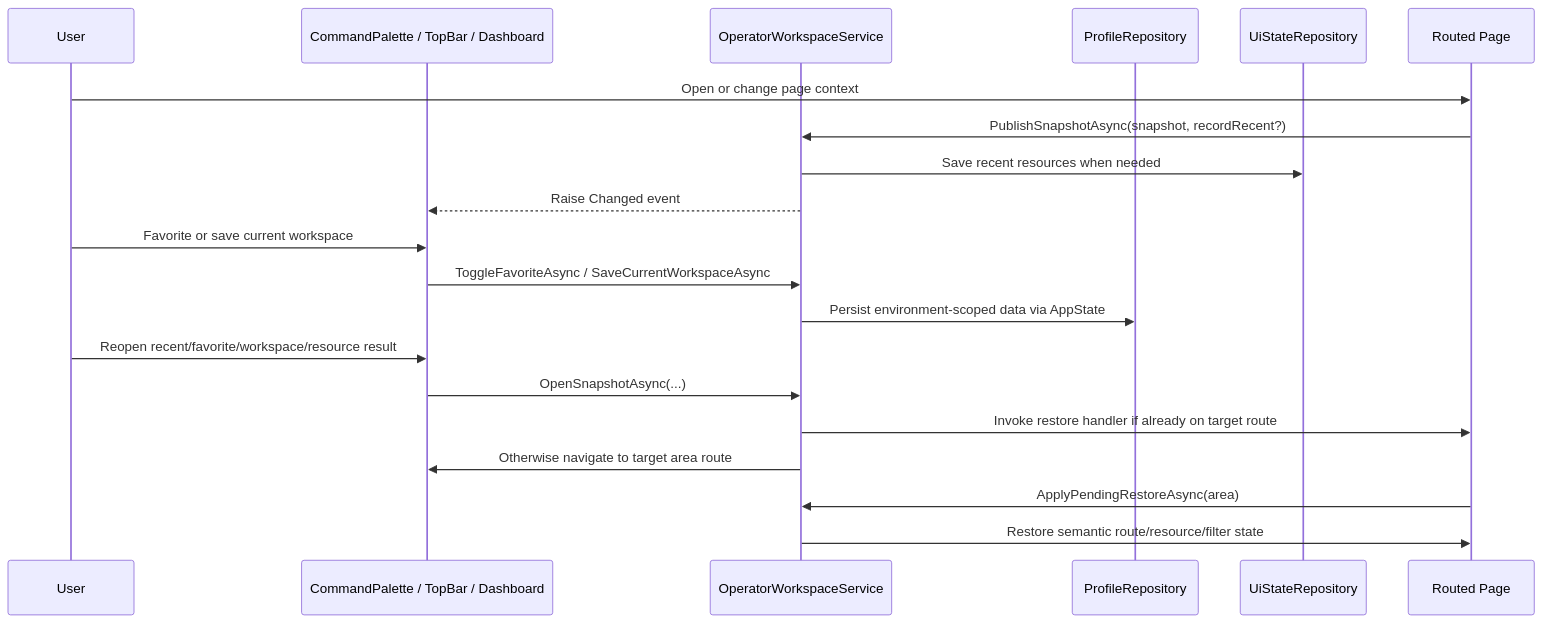
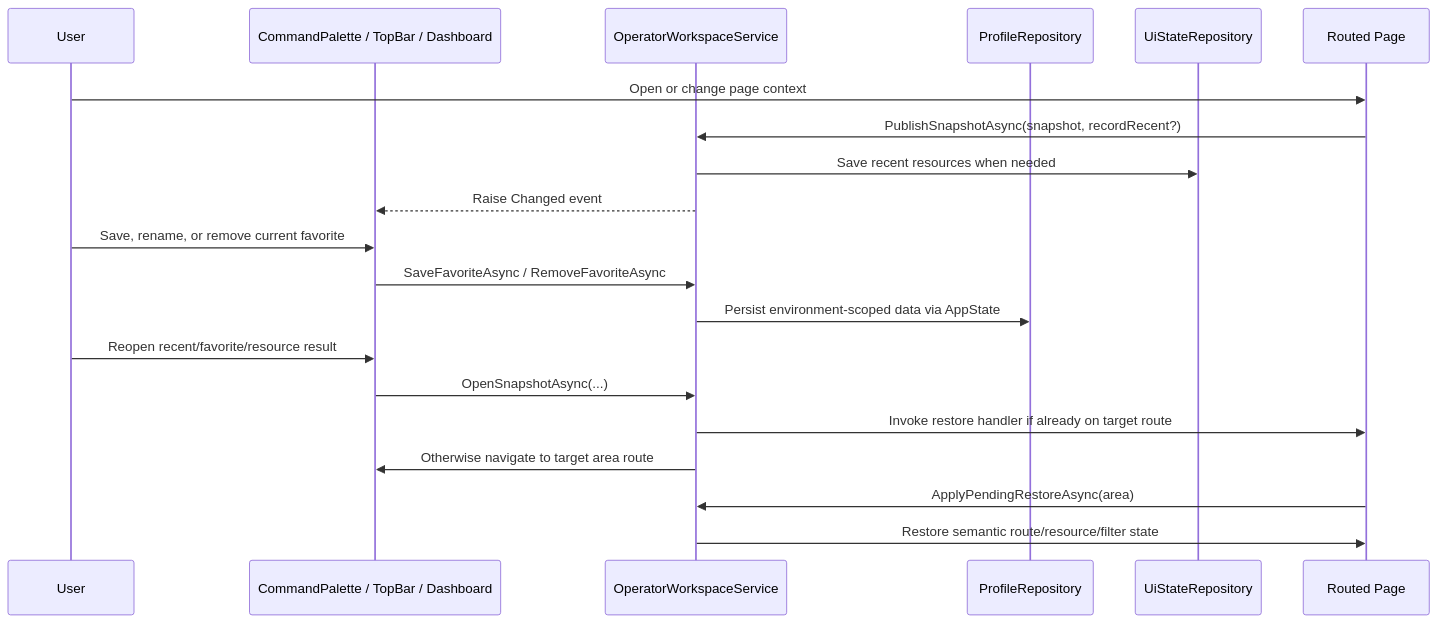
The second of 8 diagrams in docs/architecture/design.md (SWojtyla/SwebKit), drawn with Mermaid before and after one commit. The commit also changed other lines of this file and 40 other files, not shown here.

````diff
--- a/docs/architecture/design.md
+++ b/docs/architecture/design.md
@@ -70,23 +71,23 @@
 ```mermaid
 sequenceDiagram
     participant User
     participant Shell as CommandPalette / TopBar / Dashboard
     participant Workspace as OperatorWorkspaceService
     participant Profiles as ProfileRepository
     participant UiState as UiStateRepository
     participant Page as Routed Page
 
     User->>Page: Open or change page context
     Page->>Workspace: PublishSnapshotAsync(snapshot, recordRecent?)
     Workspace->>UiState: Save recent resources when needed
     Workspace-->>Shell: Raise Changed event
-    User->>Shell: Favorite or save current workspace
-    Shell->>Workspace: ToggleFavoriteAsync / SaveCurrentWorkspaceAsync
+    User->>Shell: Save, rename, or remove current favorite
+    Shell->>Workspace: SaveFavoriteAsync / RemoveFavoriteAsync
     Workspace->>Profiles: Persist environment-scoped data via AppState
-    User->>Shell: Reopen recent/favorite/workspace/resource result
+    User->>Shell: Reopen recent/favorite/resource result
     Shell->>Workspace: OpenSnapshotAsync(...)
     Workspace->>Page: Invoke restore handler if already on target route
     Workspace->>Shell: Otherwise navigate to target area route
     Page->>Workspace: ApplyPendingRestoreAsync(area)
     Workspace->>Page: Restore semantic route/resource/filter state
 ```
````
